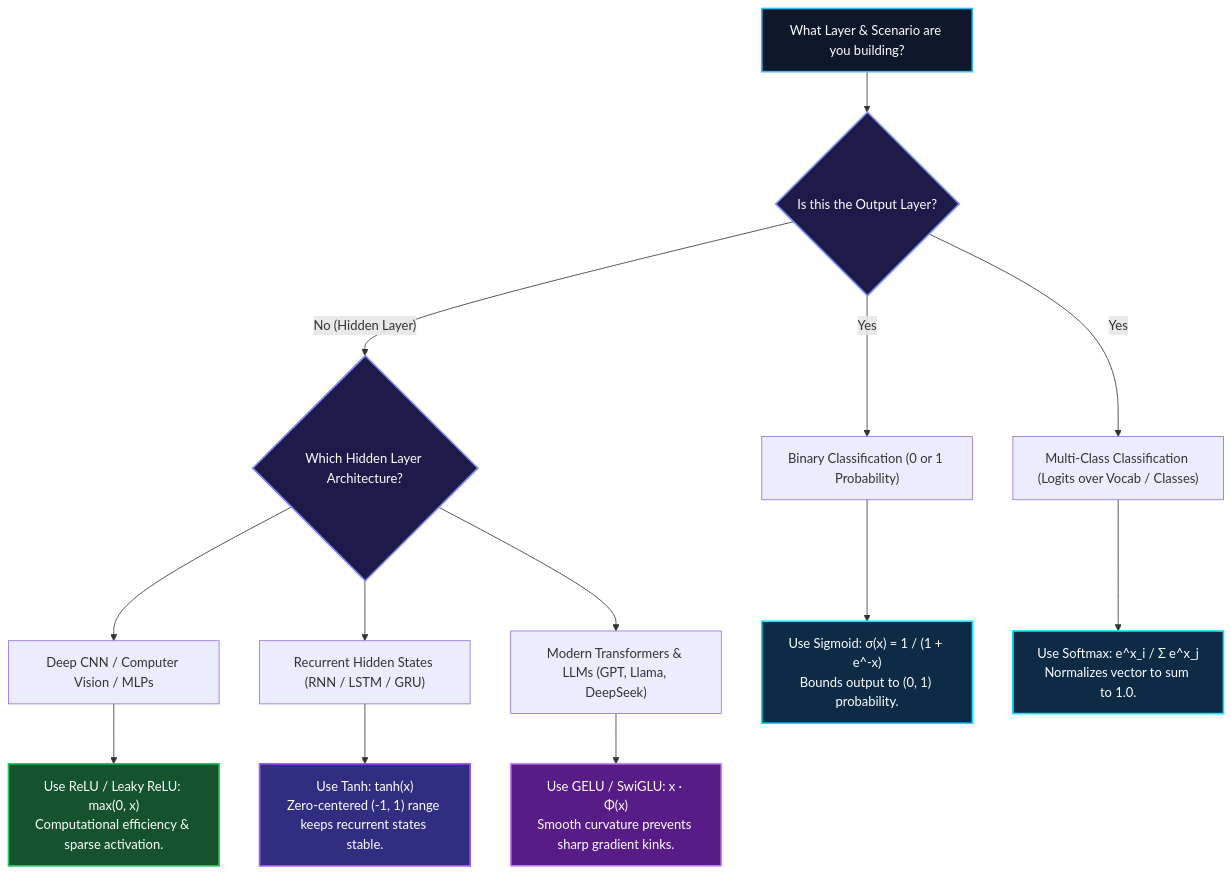
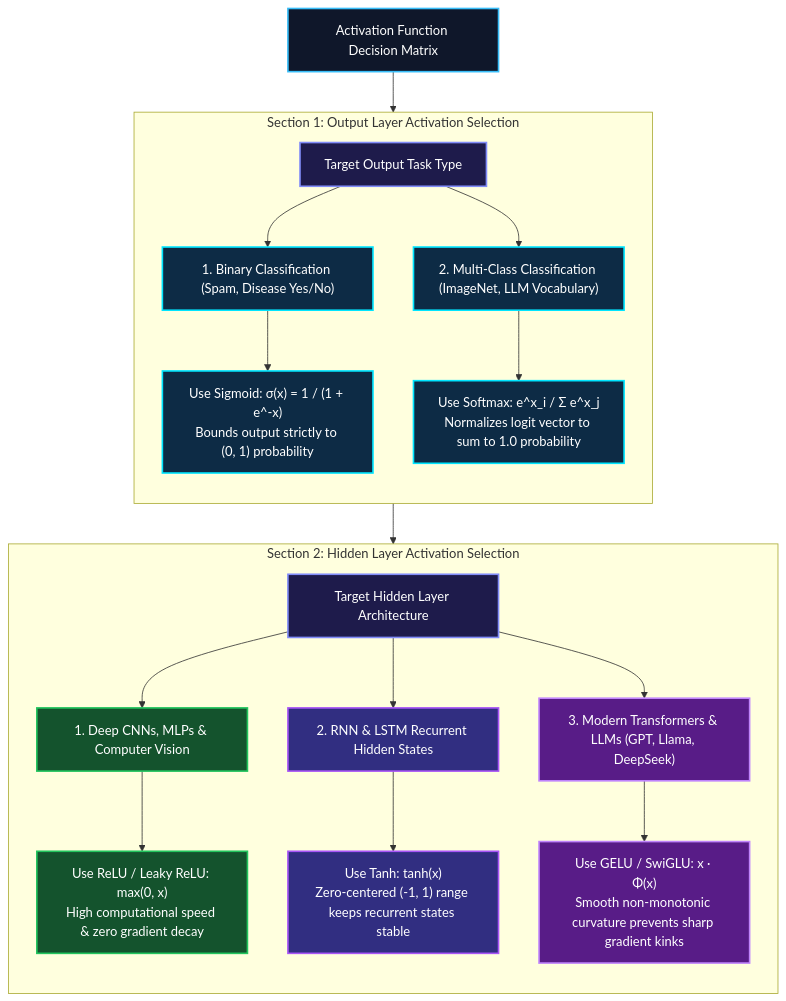
The second of 2 diagrams in contents/blog/0074-demystifying-activation-functions-non-linearity-types-use-cases/index.md (narenandu/narenvadapalli_dot_com), drawn with Mermaid before and after one commit. The commit also changed other lines of this file, not shown here.

Commit message:
style(blog): refactor Mermaid diagrams in post 0074 to strict top-down vertical layout

````diff
--- a/contents/blog/0074-demystifying-activation-functions-non-linearity-types-use-cases/index.md
+++ b/contents/blog/0074-demystifying-activation-functions-non-linearity-types-use-cases/index.md
@@ -100,49 +97,55 @@
 ```mermaid
 flowchart TD
     direction TB
 
-    START["What Layer & Scenario are you building?"]
-    
-    Q_OUTPUT{"Is this the Output Layer?"}
-    Q_HIDDEN{"Which Hidden Layer Architecture?"}
+    START["Activation Function Decision Matrix"]
 
-    OUT_BINARY["Binary Classification (0 or 1 Probability)"]
-    OUT_MULTI["Multi-Class Classification (Logits over Vocab / Classes)"]
-    
-    HID_CNN["Deep CNN / Computer Vision / MLPs"]
-    HID_RNN["Recurrent Hidden States (RNN / LSTM / GRU)"]
-    HID_LLM["Modern Transformers & LLMs (GPT, Llama, DeepSeek)"]
+    subgraph OutputLayer ["Section 1: Output Layer Activation Selection"]
+        direction TB
+        OUT_Q["Target Output Task Type"]
+        
+        OUT_BIN["1. Binary Classification (Spam, Disease Yes/No)"]
+        SIGMOID["Use Sigmoid: σ(x) = 1 / (1 + e^-x)<br/>Bounds output strictly to (0, 1) probability"]
+        
+        OUT_MULTI["2. Multi-Class Classification (ImageNet, LLM Vocabulary)"]
+        SOFTMAX["Use Softmax: e^x_i / Σ e^x_j<br/>Normalizes logit vector to sum to 1.0 probability"]
 
-    SIGMOID["Use Sigmoid: σ(x) = 1 / (1 + e^-x)<br/>Bounds output to (0, 1) probability."]
-    SOFTMAX["Use Softmax: e^x_i / Σ e^x_j<br/>Normalizes vector to sum to 1.0."]
-    
-    RELU["Use ReLU / Leaky ReLU: max(0, x)<br/>Computational efficiency & sparse activation."]
-    TANH["Use Tanh: tanh(x)<br/>Zero-centered (-1, 1) range keeps recurrent states stable."]
-    GELU["Use GELU / SwiGLU: x · Φ(x)<br/>Smooth curvature prevents sharp gradient kinks."]
+        OUT_Q --> OUT_BIN --> SIGMOID
+        OUT_Q --> OUT_MULTI --> SOFTMAX
+    end
 
-    START --> Q_OUTPUT
-    Q_OUTPUT -- Yes --> OUT_BINARY
-    Q_OUTPUT -- Yes --> OUT_MULTI
-    Q_OUTPUT -- No (Hidden Layer) --> Q_HIDDEN
+    subgraph HiddenLayer ["Section 2: Hidden Layer Activation Selection"]
+        direction TB
+        HID_Q["Target Hidden Layer Architecture"]
+        
+        HID_CNN["1. Deep CNNs, MLPs & Computer Vision"]
+        RELU["Use ReLU / Leaky ReLU: max(0, x)<br/>High computational speed & zero gradient decay"]
+        
+        HID_RNN["2. RNN & LSTM Recurrent Hidden States"]
+        TANH["Use Tanh: tanh(x)<br/>Zero-centered (-1, 1) range keeps recurrent states stable"]
+        
+        HID_LLM["3. Modern Transformers & LLMs (GPT, Llama, DeepSeek)"]
+        GELU["Use GELU / SwiGLU: x · Φ(x)<br/>Smooth non-monotonic curvature prevents sharp gradient kinks"]
 
-    OUT_BINARY --> SIGMOID
-    OUT_MULTI --> SOFTMAX
+        HID_Q --> HID_CNN --> RELU
+        HID_Q --> HID_RNN --> TANH
+        HID_Q --> HID_LLM --> GELU
+    end
 
-    Q_HIDDEN --> HID_CNN
-    Q_HIDDEN --> HID_RNN
-    Q_HIDDEN --> HID_LLM
-
-    HID_CNN --> RELU
-    HID_RNN --> TANH
-    HID_LLM --> GELU
+    START --> OutputLayer --> HiddenLayer
 
     style START fill:#0f172a,stroke:#38bdf8,stroke-width:2px,color:#ffffff
-    style Q_OUTPUT fill:#1e1b4b,stroke:#818cf8,stroke-width:2px,color:#ffffff
-    style Q_HIDDEN fill:#1e1b4b,stroke:#818cf8,stroke-width:2px,color:#ffffff
-    
+    style OUT_Q fill:#1e1b4b,stroke:#818cf8,stroke-width:2px,color:#ffffff
+    style OUT_BIN fill:#0d2b45,stroke:#00e5ff,stroke-width:2px,color:#ffffff
     style SIGMOID fill:#0d2b45,stroke:#00e5ff,stroke-width:2px,color:#ffffff
+    style OUT_MULTI fill:#0d2b45,stroke:#00e5ff,stroke-width:2px,color:#ffffff
     style SOFTMAX fill:#0d2b45,stroke:#00e5ff,stroke-width:2px,color:#ffffff
+
+    style HID_Q fill:#1e1b4b,stroke:#818cf8,stroke-width:2px,color:#ffffff
+    style HID_CNN fill:#14532d,stroke:#22c55e,stroke-width:2px,color:#ffffff
     style RELU fill:#14532d,stroke:#22c55e,stroke-width:2px,color:#ffffff
+    style HID_RNN fill:#312e81,stroke:#a855f7,stroke-width:2px,color:#ffffff
     style TANH fill:#312e81,stroke:#a855f7,stroke-width:2px,color:#ffffff
+    style HID_LLM fill:#581c87,stroke:#c084fc,stroke-width:2px,color:#ffffff
     style GELU fill:#581c87,stroke:#c084fc,stroke-width:2px,color:#ffffff
 ```
````
